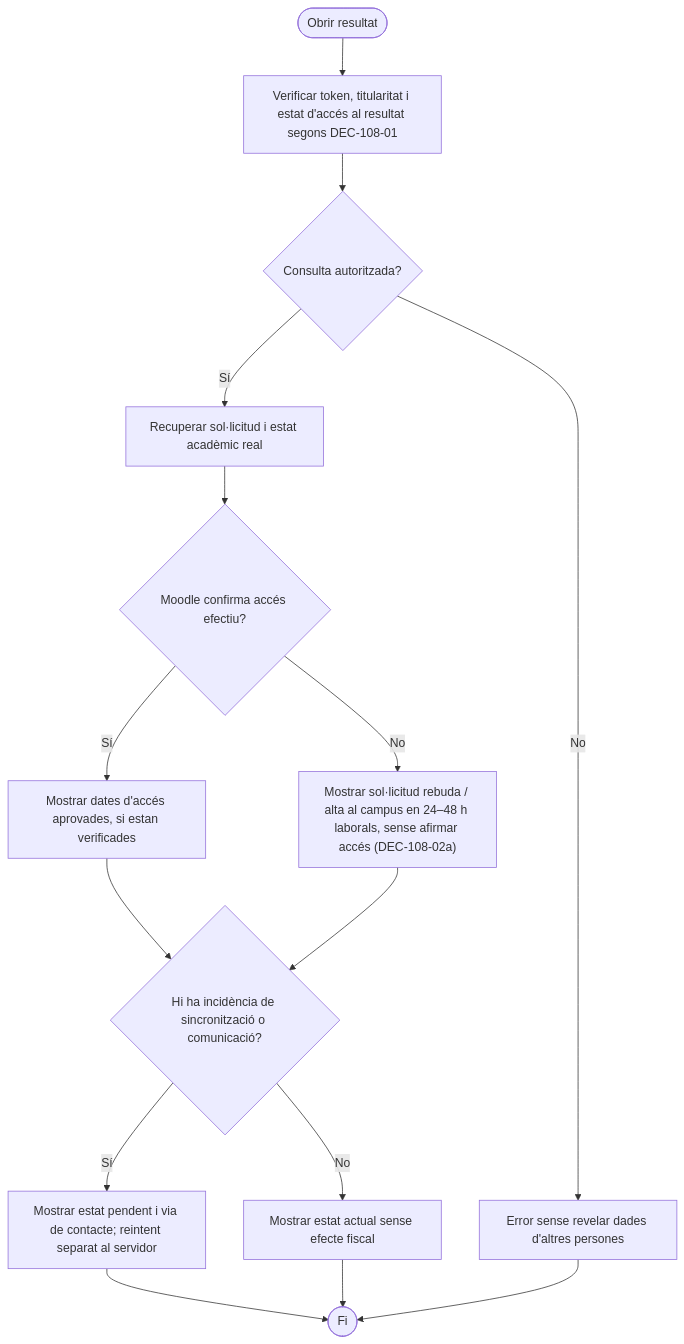
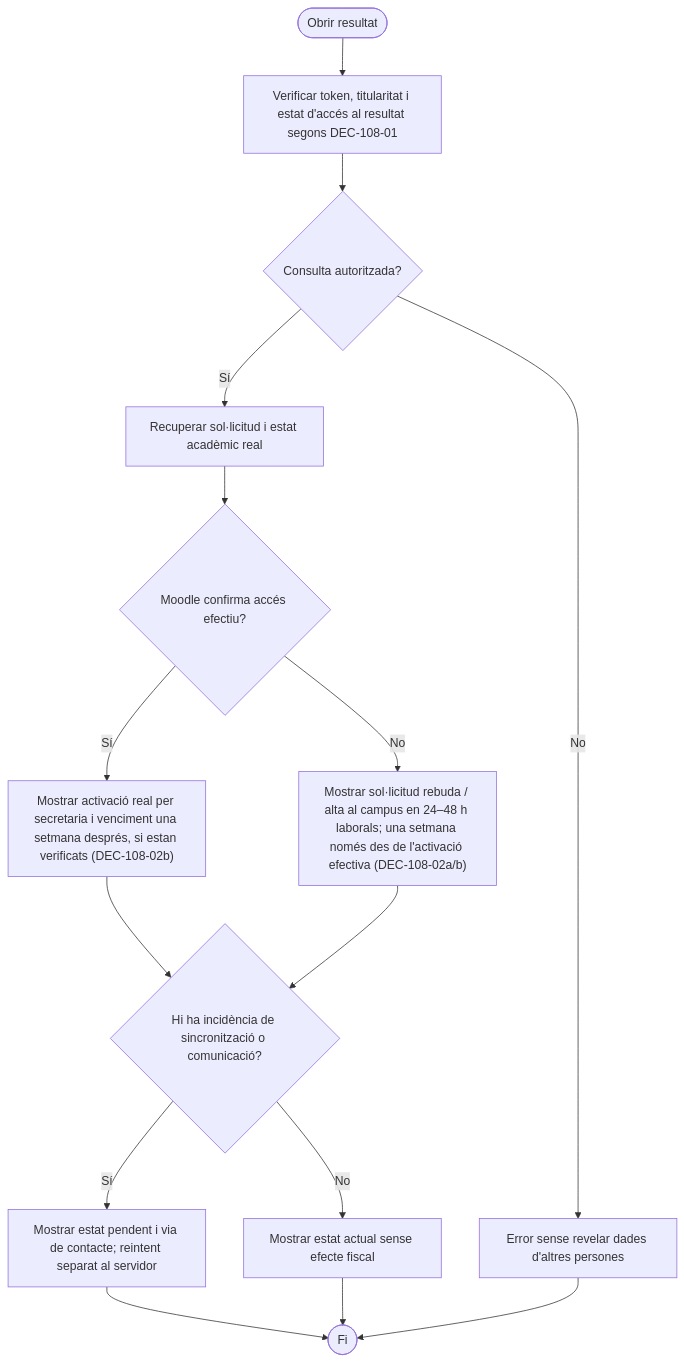
The eighth of 8 diagrams in documentacio/07-uml-integrat/uc-108-vistes-grafiques-activitats-pagines.md (orgmeriemprismacat-del/verifactu), drawn with Mermaid before and after one commit. The commit also changed other lines of this file, not shown here.

Commit message:
docs: agree UC-108 one-week campus access from actual secretariat activation

````diff
--- a/documentacio/07-uml-integrat/uc-108-vistes-grafiques-activitats-pagines.md
+++ b/documentacio/07-uml-integrat/uc-108-vistes-grafiques-activitats-pagines.md
@@ -173,17 +173,17 @@
 ```mermaid
 flowchart TD
   A([Obrir resultat]) --> B["Verificar token, titularitat i estat d'accés al resultat segons DEC-108-01"]
   B --> C{"Consulta autoritzada?"}
   C -->|No| D["Error sense revelar dades d'altres persones"]
   C -->|Sí| E["Recuperar sol·licitud i estat acadèmic real"]
   E --> F{"Moodle confirma accés efectiu?"}
-  F -->|Sí| G["Mostrar dates d'accés aprovades, si estan verificades"]
-  F -->|No| H["Mostrar sol·licitud rebuda / alta al campus en 24–48 h laborals, sense afirmar accés (DEC-108-02a)"]
+  F -->|Sí| G["Mostrar activació real per secretaria i venciment una setmana després, si estan verificats (DEC-108-02b)"]
+  F -->|No| H["Mostrar sol·licitud rebuda / alta al campus en 24–48 h laborals; una setmana només des de l'activació efectiva (DEC-108-02a/b)"]
   G --> I{"Hi ha incidència de sincronització o comunicació?"}
   H --> I
   I -->|Sí| J["Mostrar estat pendent i via de contacte; reintent separat al servidor"]
   I -->|No| K["Mostrar estat actual sense efecte fiscal"]
   J --> L([Fi])
   K --> L
   D --> L
 ```
````
